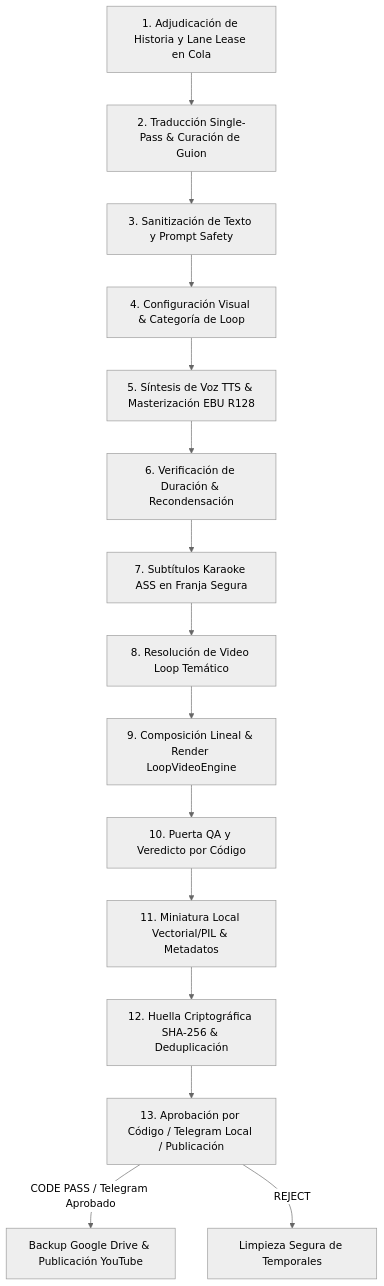
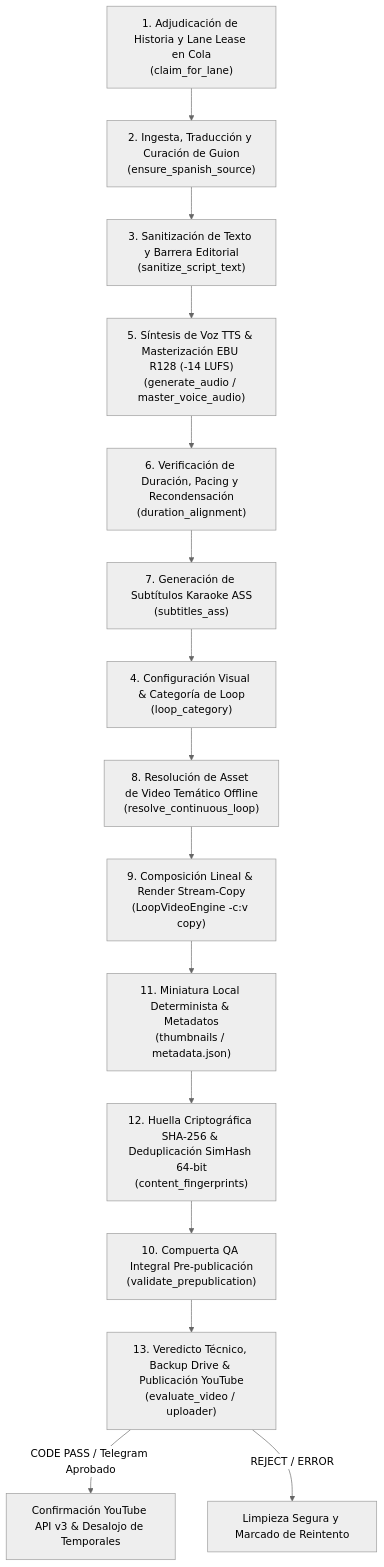
Before and after one commit to soyaelithia-ui/yt-auto: the diagram in docs/FLUJO_VIDEOS.md, drawn with Mermaid (neutral theme). The commit also changed other lines of this file and 15 other files, not shown here.

First line of the commit message:
fix(audit): resolve core flaws, streamline stream-copy perf, and unify audio standards

````diff
--- a/docs/FLUJO_VIDEOS.md
+++ b/docs/FLUJO_VIDEOS.md
@@ -12,17 +12,17 @@
 ```mermaid
 flowchart TD
-    A[1. Adjudicación de Historia y Lane Lease en Cola] --> B[2. Traducción Single-Pass & Curación de Guion]
-    B --> C[3. Sanitización de Texto y Prompt Safety]
-    C --> D[4. Configuración Visual & Categoría de Loop]
-    D --> E[5. Síntesis de Voz TTS & Masterización EBU R128]
-    E --> F[6. Verificación de Duración & Recondensación]
-    F --> G[7. Subtítulos Karaoke ASS en Franja Segura]
-    G --> H[8. Resolución de Video Loop Temático]
-    H --> I[9. Composición Lineal & Render LoopVideoEngine]
-    I --> J[10. Puerta QA y Veredicto por Código]
-    J --> K[11. Miniatura Local Vectorial/PIL & Metadatos]
-    K --> L[12. Huella Criptográfica SHA-256 & Deduplicación]
-    L --> M[13. Aprobación por Código / Telegram Local / Publicación]
-    M -- CODE PASS / Telegram Aprobado --> N[Backup Google Drive & Publicación YouTube]
-    M -- REJECT --> O[Limpieza Segura de Temporales]
+    A["1. Adjudicación de Historia y Lane Lease en Cola<br/>(claim_for_lane)"] --> B["2. Ingesta, Traducción y Curación de Guion<br/>(ensure_spanish_source)"]
+    B --> C["3. Sanitización de Texto y Barrera Editorial<br/>(sanitize_script_text)"]
+    C --> D["5. Síntesis de Voz TTS & Masterización EBU R128 (-14 LUFS)<br/>(generate_audio / master_voice_audio)"]
+    D --> E["6. Verificación de Duración, Pacing y Recondensación<br/>(duration_alignment)"]
+    E --> F["7. Generación de Subtítulos Karaoke ASS<br/>(subtitles_ass)"]
+    F --> G["4. Configuración Visual & Categoría de Loop<br/>(loop_category)"]
+    G --> H["8. Resolución de Asset de Video Temático Offline<br/>(resolve_continuous_loop)"]
+    H --> I["9. Composición Lineal & Render Stream-Copy<br/>(LoopVideoEngine -c:v copy)"]
+    I --> J["11. Miniatura Local Determinista & Metadatos<br/>(thumbnails / metadata.json)"]
+    J --> K["12. Huella Criptográfica SHA-256 & Deduplicación SimHash 64-bit<br/>(content_fingerprints)"]
+    K --> L["10. Compuerta QA Integral Pre-publicación<br/>(validate_prepublication)"]
+    L --> M["13. Veredicto Técnico, Backup Drive & Publicación YouTube<br/>(evaluate_video / uploader)"]
+    M -- "CODE PASS / Telegram Aprobado" --> N["Confirmación YouTube API v3 & Desalojo de Temporales"]
+    M -- "REJECT / ERROR" --> O["Limpieza Segura y Marcado de Reintento"]
 ```
````
